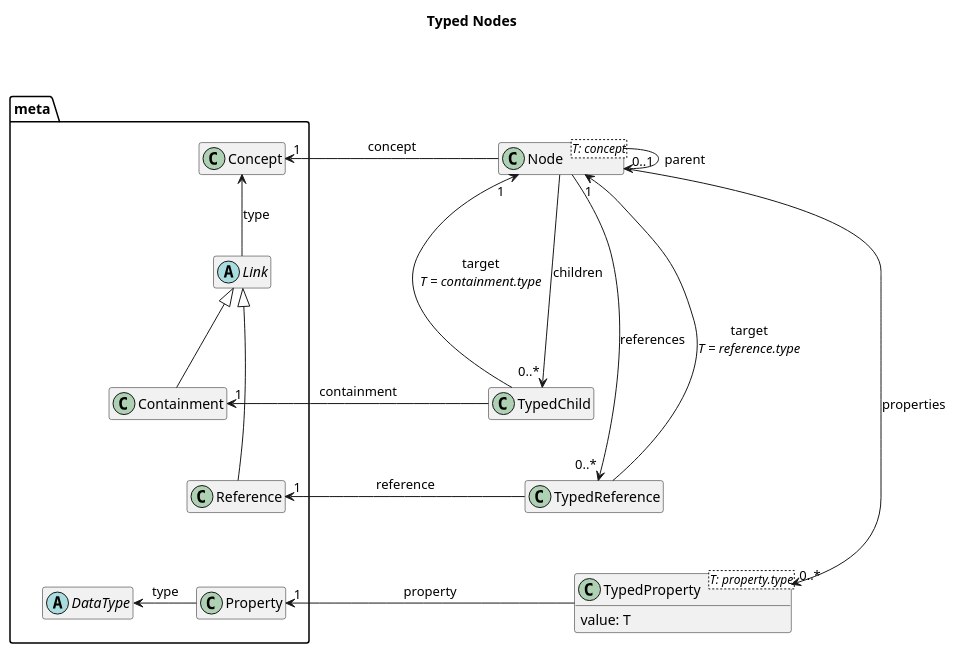
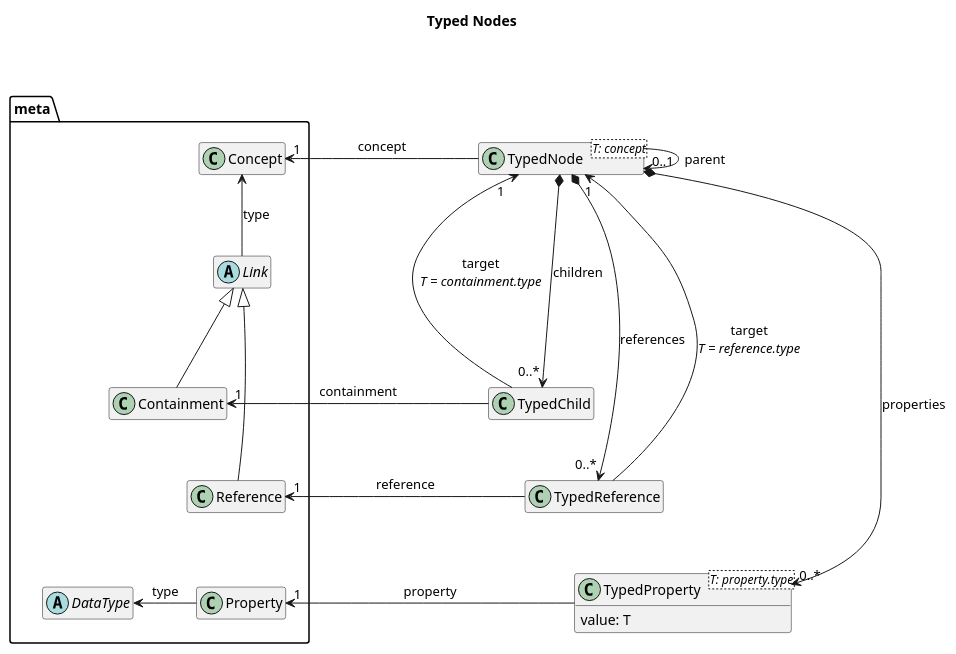
Before and after one commit to LionWeb-io/specification: the diagram in lioncore/typed-nodes.puml, drawn with PlantUML. The commit also changed 2 other files, not shown here.

Commit message:
added containment diamonds

```diff
--- a/lioncore/typed-nodes.puml
+++ b/lioncore/typed-nodes.puml
@@ -1,74 +1,74 @@
 @startuml
 title Typed Nodes
 
 hide empty members
 
 package meta {
     class Concept
 
     Concept <-- Link: type
     abstract class Link
 
     Link <|-- Containment
 
     class Containment
     Containment -[hidden]-> Reference
 
     Link <|-- Reference
 
     class Reference
 
     abstract class DataType
 
     DataType <- Property: type
 
     class Property
     Reference -[hidden]-> Property
 }
 
-meta -[hidden]> Node
+meta -[hidden]> TypedNode
 
 'Node
 
-class Node<T: concept> {
+class TypedNode<T: concept> {
 '    getLowlevel(): lowlevel:Node
 }
 
-Node -> "0..1" Node: parent
-Concept "1" <- Node: concept
+TypedNode -> "0..1" TypedNode: parent
+Concept "1" <- TypedNode: concept
 
 'Children
 
-Node --> "0..*" TypedChild: children
+TypedNode *--> "0..*" TypedChild: children
 
 class TypedChild {
 '    getLowlevel(): lowlevel:ChildTarget
 }
 
-TypedChild -> "1" Node: target\n<i>T = containment.type</i>
+TypedChild -> "1" TypedNode: target\n<i>T = containment.type</i>
 Containment "1" <- TypedChild: containment
 
 'References
 
-Node --> "0..*" TypedReference: references
+TypedNode *--> "0..*" TypedReference: references
 
 TypedChild -[hidden]-> TypedReference
 
 class TypedReference {
 '    getLowlevel(): lowlevel:ReferenceTarget
 }
 
-TypedReference -> "1" Node: target\n<i>T = reference.type</i>
+TypedReference -> "1" TypedNode: target\n<i>T = reference.type</i>
 Reference "1" <- TypedReference: reference
 
 'Properties
 
-Node --> "0..*" TypedProperty: properties
+TypedNode *--> "0..*" TypedProperty: properties
 class TypedProperty<T: property.type> {
     value: T
 '    getLowlevel(): lowlevel:PropertyValue
 }
 
 Property "1" <- TypedProperty: property
 
 @enduml
```
